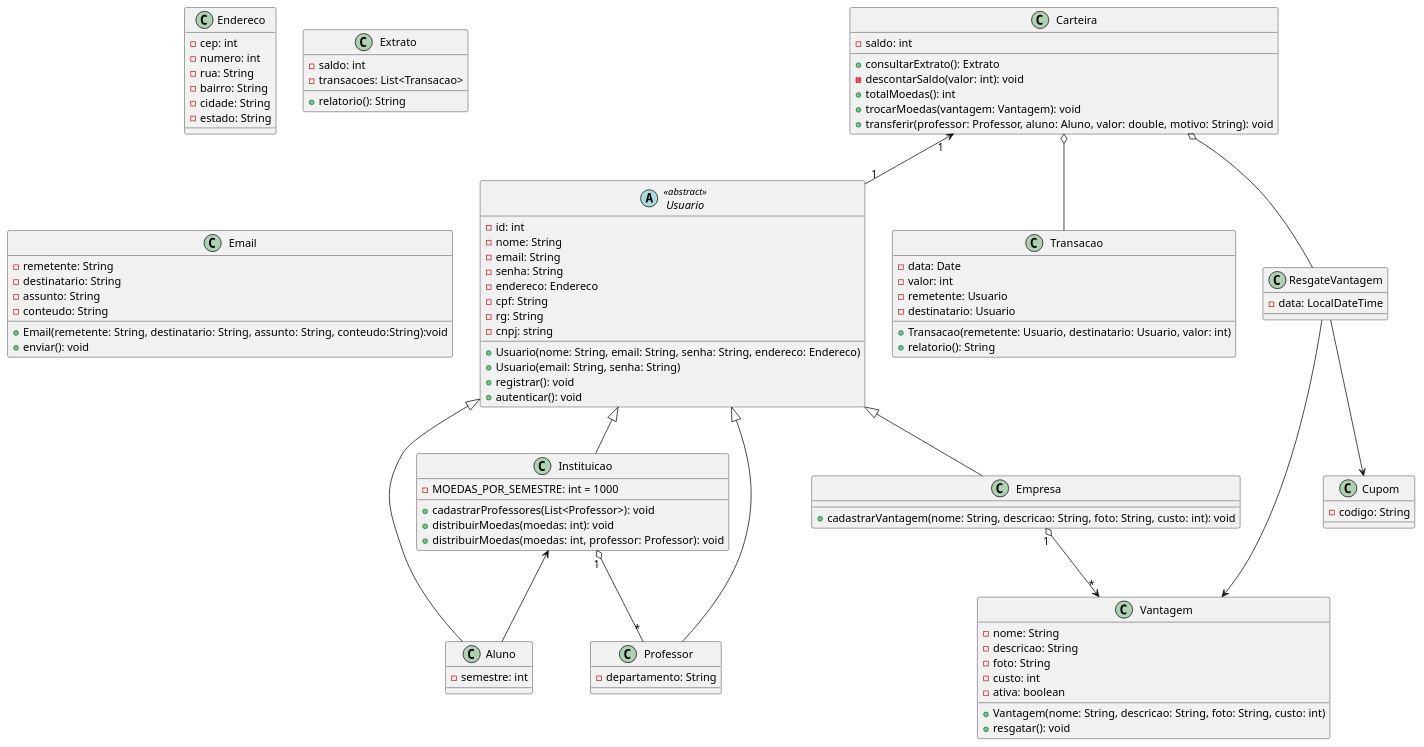
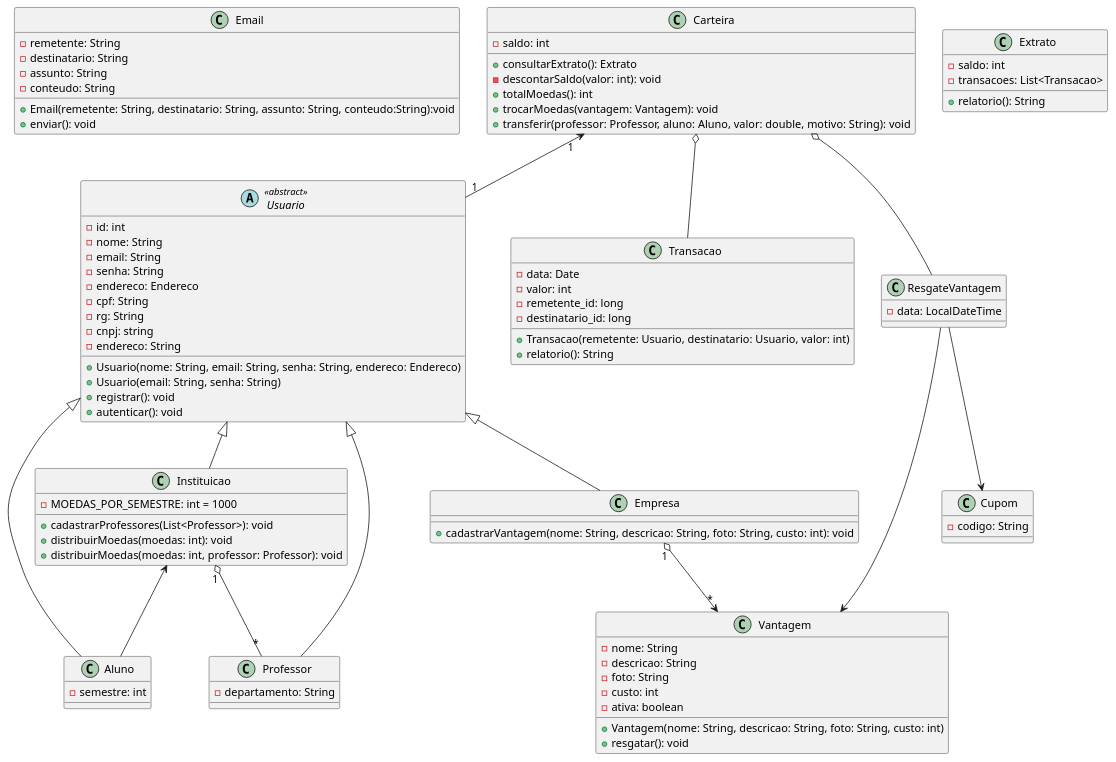
One commit to G4BR-13-L/lab-desenvolvimento-de-software changed the diagram in laboratorio-4/sprint-3/projeto/plantuml/classe.plantuml. Above: the diagram before and after it, drawn with PlantUML. The commit also changed 6 other files, not shown here.

Commit message:
Atualização dos diagramas

```diff
--- a/laboratorio-4/sprint-3/projeto/plantuml/classe.plantuml
+++ b/laboratorio-4/sprint-3/projeto/plantuml/classe.plantuml
@@ -1,128 +1,125 @@
 @startuml classe
 
 'skinparam classAttributeIconSize 0
 'hide circle
 
 abstract Usuario <<abstract>>{
     - id: int
     - nome: String
     - email: String
     - senha: String
     - endereco: Endereco
     - cpf: String
     - rg: String
     - cnpj: string
+    - endereco: String
     + Usuario(nome: String, email: String, senha: String, endereco: Endereco)
     + Usuario(email: String, senha: String)
     + registrar(): void
     + autenticar(): void
+    
 }
 
 
 class Instituicao {
     - MOEDAS_POR_SEMESTRE: int = 1000
     + cadastrarProfessores(List<Professor>): void
     + distribuirMoedas(moedas: int): void
     + distribuirMoedas(moedas: int, professor: Professor): void
 }
 
-class Endereco {
-    - cep: int
-    - numero: int
-    - rua: String
-    - bairro: String
-    - cidade: String
-    - estado: String
-}
 
 class Aluno {
     - semestre: int
 }
 
 class Professor {
     - departamento: String
 }
 
 class Empresa {
     + cadastrarVantagem(nome: String, descricao: String, foto: String, custo: int): void
 }
 
 class Transacao {
     - data: Date
     - valor: int
-    - remetente: Usuario
-    - destinatario: Usuario
+    - remetente_id: long
+    - destinatario_id: long
     + Transacao(remetente: Usuario, destinatario: Usuario, valor: int)
     + relatorio(): String
 }
 
 class ResgateVantagem{
     - data: LocalDateTime
 }
 class Extrato {
     - saldo: int
     - transacoes: List<Transacao>
     + relatorio(): String
 }
 
 class Vantagem {
     - nome: String
     - descricao: String
     - foto: String
     - custo: int
     - ativa: boolean
     + Vantagem(nome: String, descricao: String, foto: String, custo: int)
     + resgatar(): void
 }
 
 class Email {
     - remetente: String
     - destinatario: String
     - assunto: String
     - conteudo: String
     + Email(remetente: String, destinatario: String, assunto: String, conteudo:String):void
     + enviar(): void
 }
 
 class Carteira {
     - saldo: int
     + consultarExtrato(): Extrato
     - descontarSaldo(valor: int): void
     + totalMoedas(): int
     + trocarMoedas(vantagem: Vantagem): void
     + transferir(professor: Professor, aluno: Aluno, valor: double, motivo: String): void
 }
 
 class Cupom {
     - codigo: String
 }
 
 'Relacionamento Usuario
 
 Usuario <|-- Aluno
 Usuario <|-- Professor
 Usuario <|-- Empresa
 Usuario <|-- Instituicao
 
 'Relacionamento Instituicao
 Instituicao "1" o-- "*" Professor
 Instituicao <-- Aluno
 
 'Relacionamento CarteiraAluno
 Carteira "1" <-- "1" Usuario
 
 
 'Relacionamento CarteiraProfessor
 
 'Relacionamento Carteira
 Carteira  o--  Transacao
 Carteira o-- ResgateVantagem
 
 'Relacionamento ResgateVantagem
 ResgateVantagem --> Cupom
 ResgateVantagem -->Vantagem
 
 'Relacionamento Empresa
 Empresa "1" o--> "*" Vantagem
 
+'Ajuste do diagrama
+Email -[hidden]->Usuario
+
 @enduml
```
